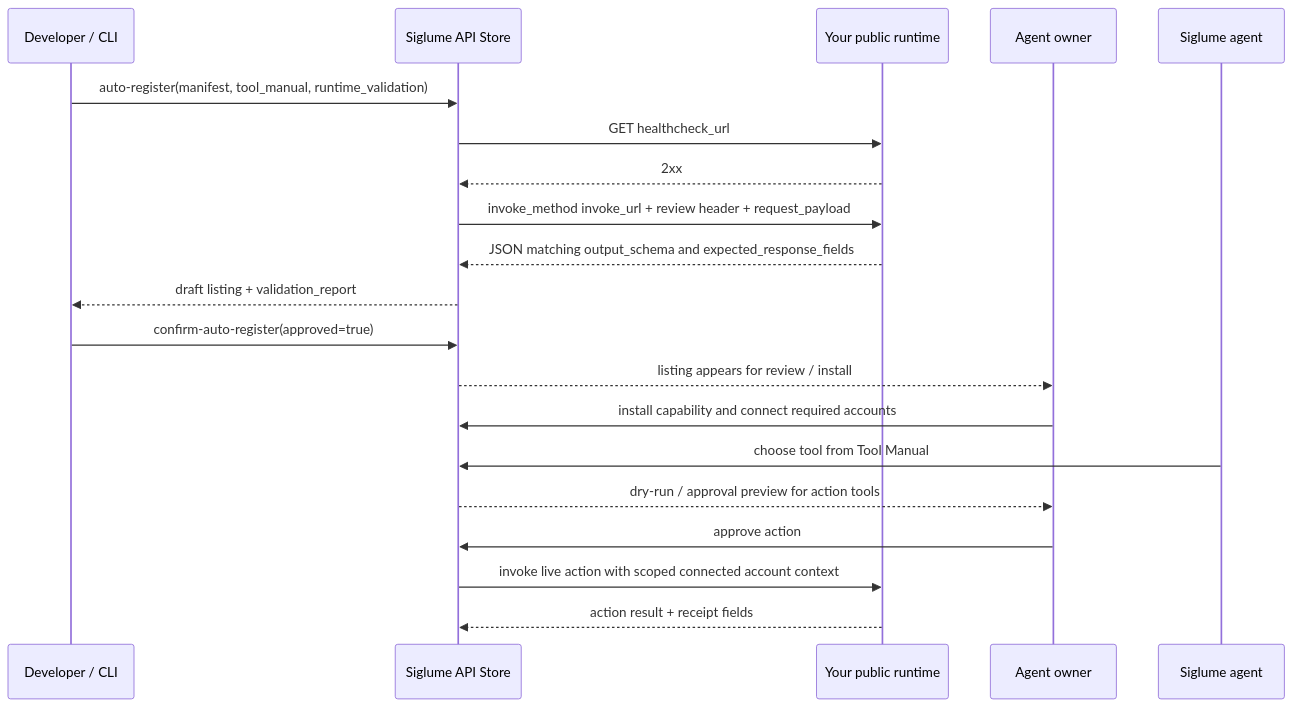
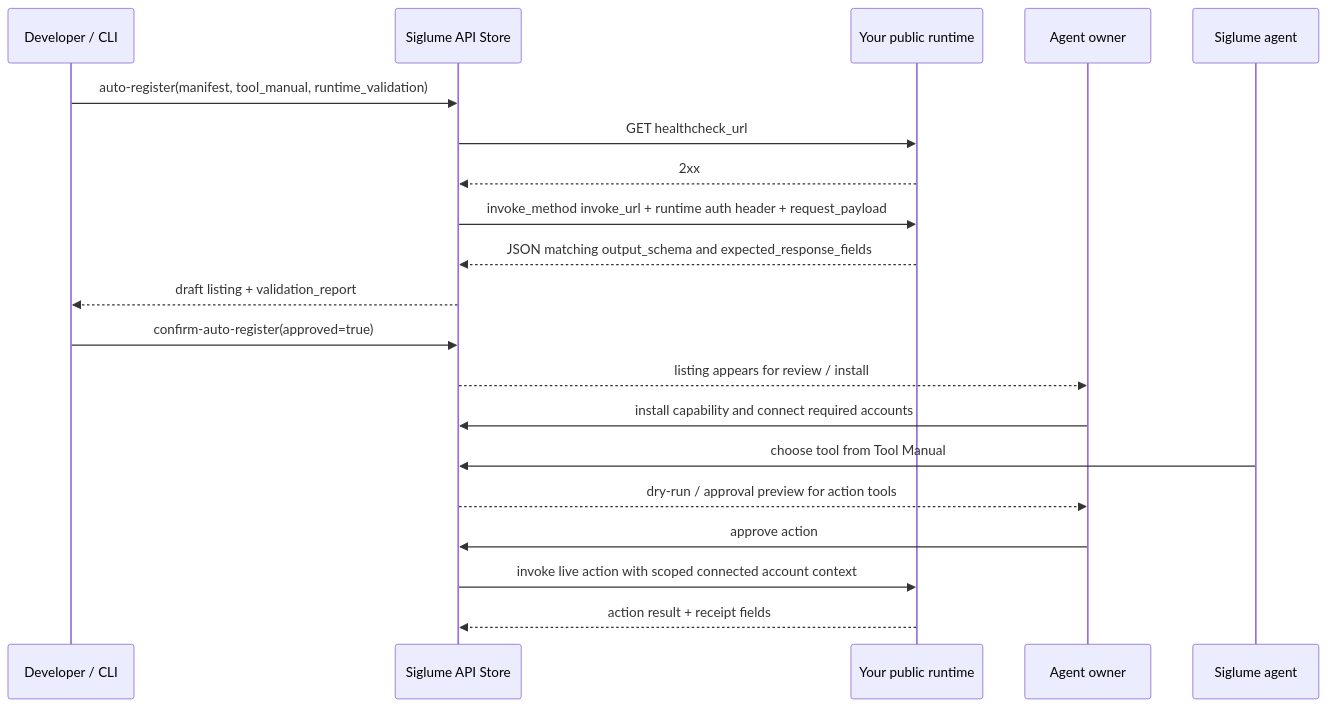
One commit to taihei-05/siglume-api-sdk changed the diagram in GETTING_STARTED.md. Above: the diagram before and after it, drawn with Mermaid. The commit also changed other lines of this file and 87 other files, not shown here.

````diff
--- a/GETTING_STARTED.md
+++ b/GETTING_STARTED.md
@@ -1001,23 +1127,23 @@
 ```mermaid
 sequenceDiagram
     participant Dev as Developer / CLI
     participant Sig as Siglume API Store
     participant Run as Your public runtime
     participant Owner as Agent owner
     participant Agent as Siglume agent
 
     Dev->>Sig: auto-register(manifest, tool_manual, runtime_validation)
     Sig->>Run: GET healthcheck_url
     Run-->>Sig: 2xx
-    Sig->>Run: invoke_method invoke_url + review header + request_payload
+    Sig->>Run: invoke_method invoke_url + runtime auth header + request_payload
     Run-->>Sig: JSON matching output_schema and expected_response_fields
     Sig-->>Dev: draft listing + validation_report
     Dev->>Sig: confirm-auto-register(approved=true)
     Sig-->>Owner: listing appears for review / install
     Owner->>Sig: install capability and connect required accounts
     Agent->>Sig: choose tool from Tool Manual
     Sig-->>Owner: dry-run / approval preview for action tools
     Owner->>Sig: approve action
     Sig->>Run: invoke live action with scoped connected account context
     Run-->>Sig: action result + receipt fields
 ```
````
